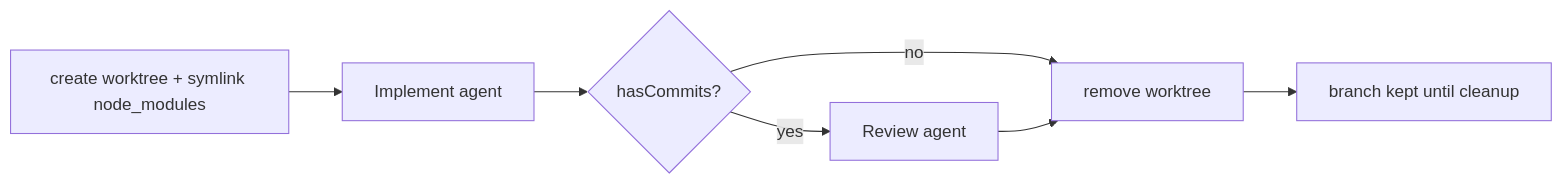
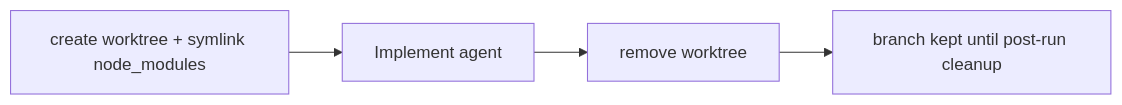
One commit to amwebexpert/etoolbox changed the second of 3 diagrams in ai-orchestrator/README.md. Above: the diagram before and after it, drawn with Mermaid. The commit also changed other lines of this file, not shown here.

````diff
--- a/ai-orchestrator/README.md
+++ b/ai-orchestrator/README.md
@@ -118,9 +120,6 @@
 ```mermaid
 flowchart LR
   create[create worktree + symlink node_modules] --> implement[Implement agent]
-  implement --> check{hasCommits?}
-  check -->|yes| review[Review agent]
-  check -->|no| remove[remove worktree]
-  review --> remove
-  remove --> branchRemains[branch kept until cleanup]
+  implement --> remove[remove worktree]
+  remove --> branchRemains[branch kept until post-run cleanup]
 ```
````
